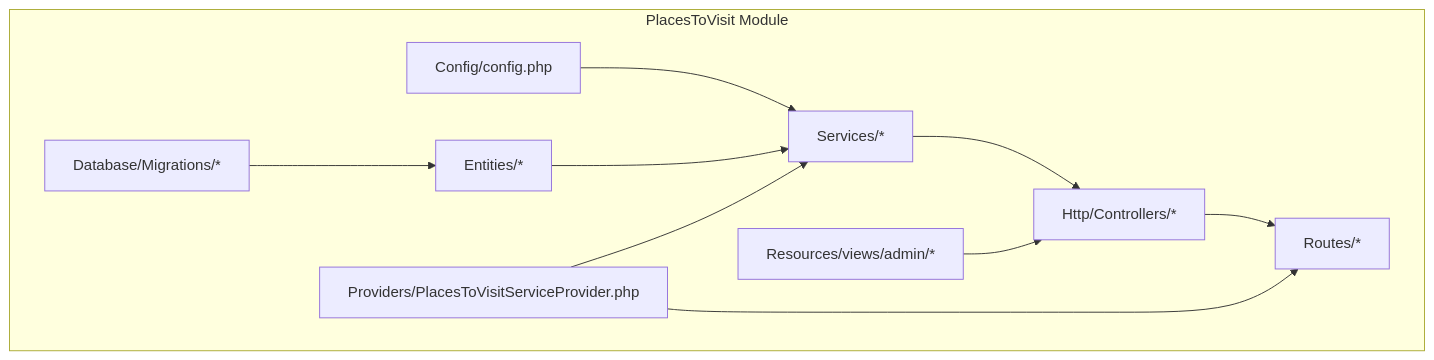
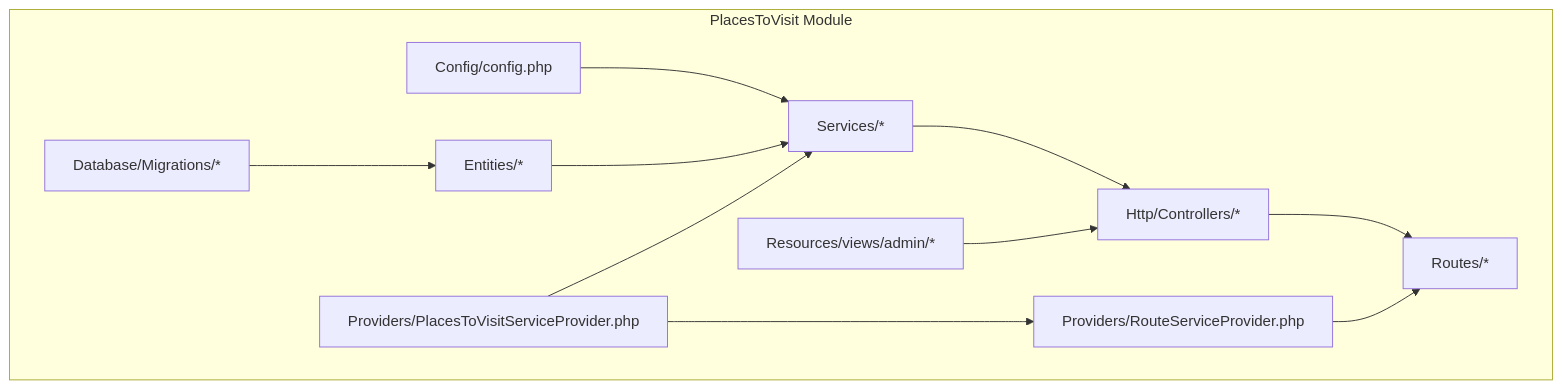
One commit to Hamdies/waddy_back changed the first of 8 diagrams in .qoder/repowiki/en/content/Business Modules/PlacesToVisit Module/PlacesToVisit Module.md. Above: the diagram before and after it, drawn with Mermaid. The commit also changed other lines of this file and 5 other files, not shown here.

````diff
--- a/.qoder/repowiki/en/content/Business Modules/PlacesToVisit Module/PlacesToVisit Module.md
+++ b/.qoder/repowiki/en/content/Business Modules/PlacesToVisit Module/PlacesToVisit Module.md
@@ -94,21 +95,23 @@
 ```mermaid
 graph TB
 subgraph "PlacesToVisit Module"
 Config["Config/config.php"]
 Entities["Entities/*"]
 Services["Services/*"]
 Controllers["Http/Controllers/*"]
 Routes["Routes/*"]
 DB["Database/Migrations/*"]
 Views["Resources/views/admin/*"]
-Provider["Providers/PlacesToVisitServiceProvider.php"]
+MainProvider["Providers/PlacesToVisitServiceProvider.php"]
+RouteProvider["Providers/RouteServiceProvider.php"]
 end
 Config --> Services
 Entities --> Services
 Services --> Controllers
 Controllers --> Routes
 DB --> Entities
 Views --> Controllers
-Provider --> Routes
-Provider --> Services
+MainProvider --> RouteProvider
+RouteProvider --> Routes
+MainProvider --> Services
 ```
````
